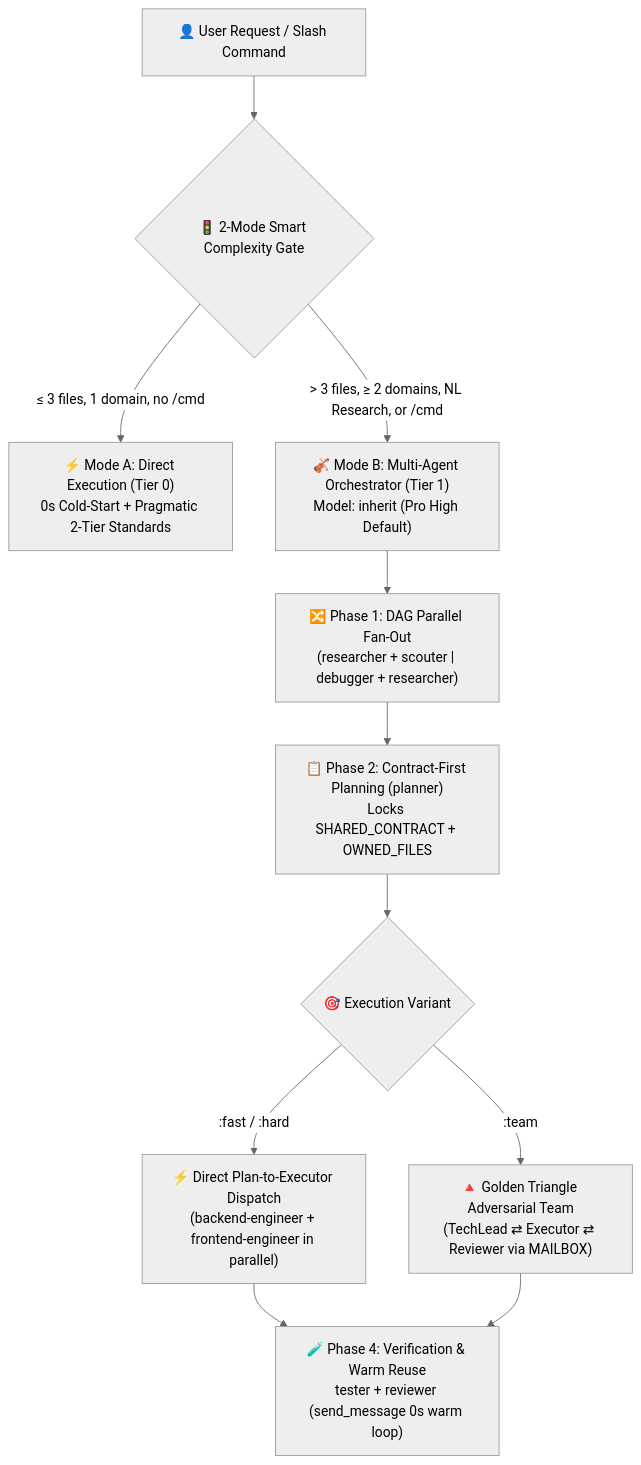
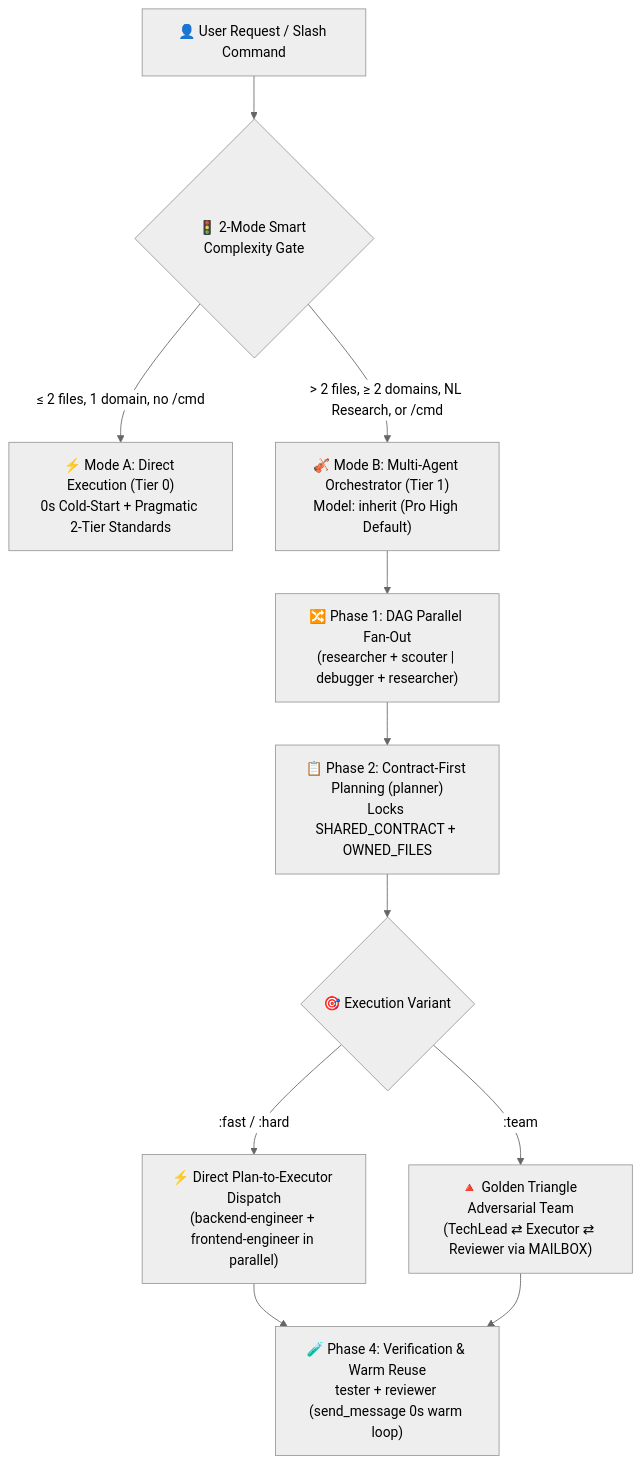
The diagram in README.md (Kennyboom/BoomOpen-Workflow-Kit), drawn with Mermaid (neutral theme) before and after one commit. The commit also changed other lines of this file and 138 other files, not shown here.

````diff
--- a/README.md
+++ b/README.md
@@ -74,16 +74,16 @@
 ```mermaid
 flowchart TD
     User["👤 User Request / Slash Command"] --> Gate{"🚦 2-Mode Smart Complexity Gate"}
-    Gate -->|"≤ 3 files, 1 domain, no /cmd"| ModeA["⚡ Mode A: Direct Execution (Tier 0)<br/>0s Cold-Start + Pragmatic 2-Tier Standards"]
-    Gate -->|"> 3 files, ≥ 2 domains, NL Research, or /cmd"| ModeB["🎻 Mode B: Multi-Agent Orchestrator (Tier 1)<br/>Model: inherit (Pro High Default)"]
+    Gate -->|"≤ 2 files, 1 domain, no /cmd"| ModeA["⚡ Mode A: Direct Execution (Tier 0)<br/>0s Cold-Start + Pragmatic 2-Tier Standards"]
+    Gate -->|"> 2 files, ≥ 2 domains, NL Research, or /cmd"| ModeB["🎻 Mode B: Multi-Agent Orchestrator (Tier 1)<br/>Model: inherit (Pro High Default)"]
 
     ModeB --> FanOut["🔀 Phase 1: DAG Parallel Fan-Out<br/>(researcher + scouter | debugger + researcher)"]
     FanOut --> Plan["📋 Phase 2: Contract-First Planning (planner)<br/>Locks SHARED_CONTRACT + OWNED_FILES"]
     Plan --> Dispatch{"🎯 Execution Variant"}
 
     Dispatch -->|":fast / :hard"| Direct["⚡ Direct Plan-to-Executor Dispatch<br/>(backend-engineer + frontend-engineer in parallel)"]
     Dispatch -->|":team"| Triangle["🔺 Golden Triangle Adversarial Team<br/>(TechLead ⇄ Executor ⇄ Reviewer via MAILBOX)"]
 
     Direct --> Verify["🧪 Phase 4: Verification & Warm Reuse<br/>tester + reviewer (send_message 0s warm loop)"]
     Triangle --> Verify
 ```
````
